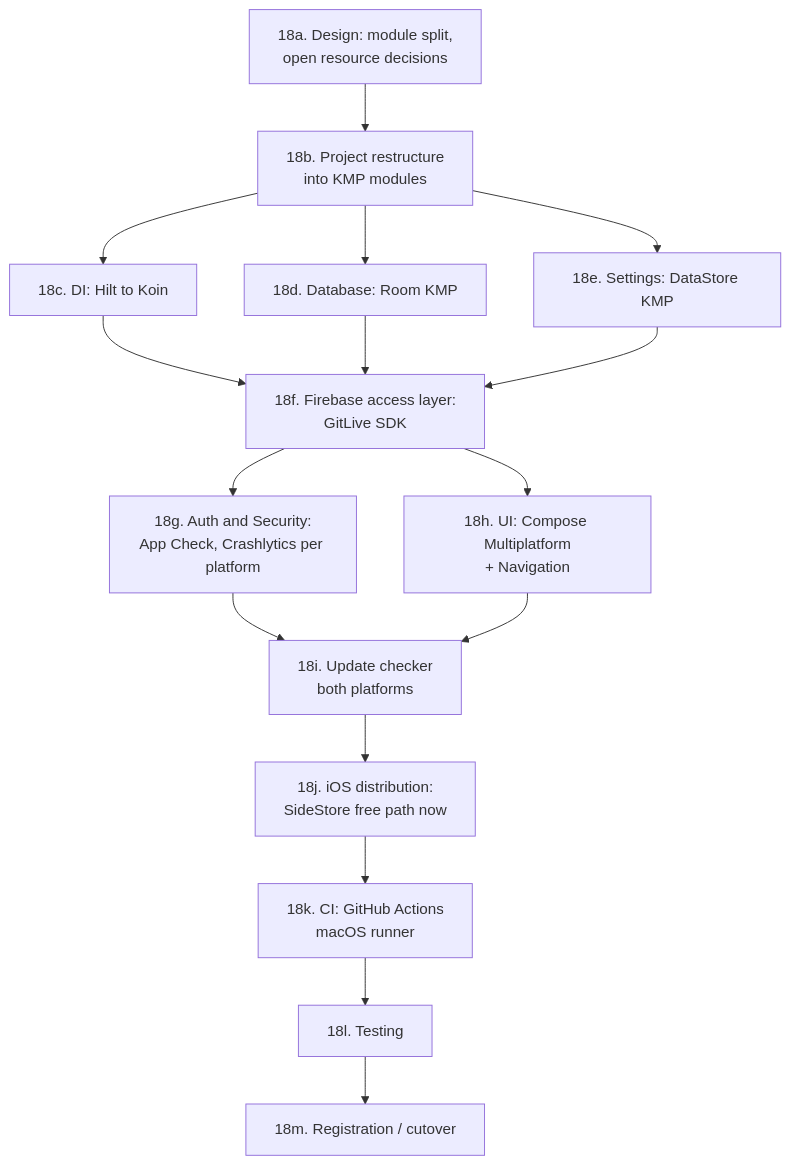
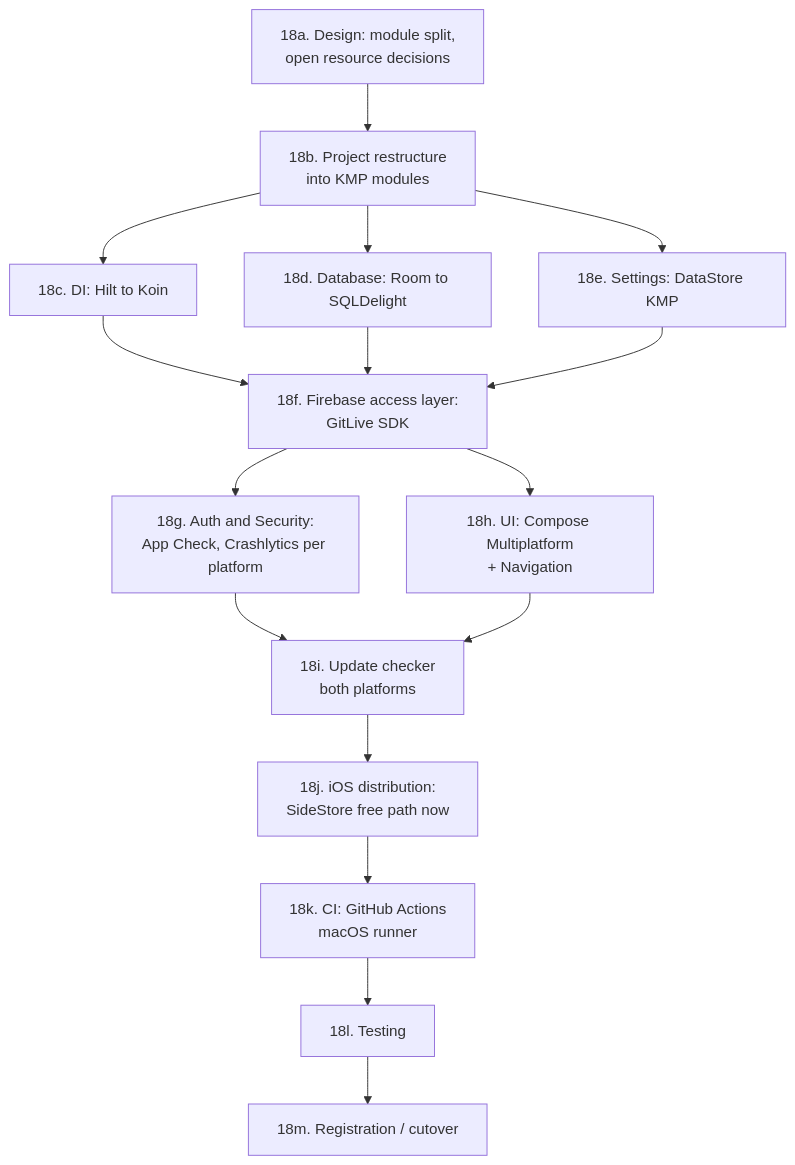
The sixth of 6 diagrams in GOALS.md (alexmiguel011014-stack/Personal_app_android), drawn with Mermaid before and after one commit. The commit also changed other lines of this file, not shown here.

First line of the commit message:
docs: record the Room-to-SQLDelight pivot in GOALS.md §18d

````diff
--- a/GOALS.md
+++ b/GOALS.md
@@ -1369,18 +1369,18 @@
 ```mermaid
 flowchart TD
     A[18a. Design: module split,\nopen resource decisions] --> B[18b. Project restructure\ninto KMP modules]
     B --> C[18c. DI: Hilt to Koin]
-    B --> D[18d. Database: Room KMP]
+    B --> D[18d. Database: Room to SQLDelight]
     B --> E[18e. Settings: DataStore KMP]
     C --> F[18f. Firebase access layer:\nGitLive SDK]
     D --> F
     E --> F
     F --> G[18g. Auth and Security:\nApp Check, Crashlytics per platform]
     F --> H[18h. UI: Compose Multiplatform\n+ Navigation]
     G --> I[18i. Update checker\nboth platforms]
     H --> I
     I --> J[18j. iOS distribution:\nSideStore free path now]
     J --> K[18k. CI: GitHub Actions\nmacOS runner]
     K --> L[18l. Testing]
     L --> M[18m. Registration / cutover]
 ```
````
